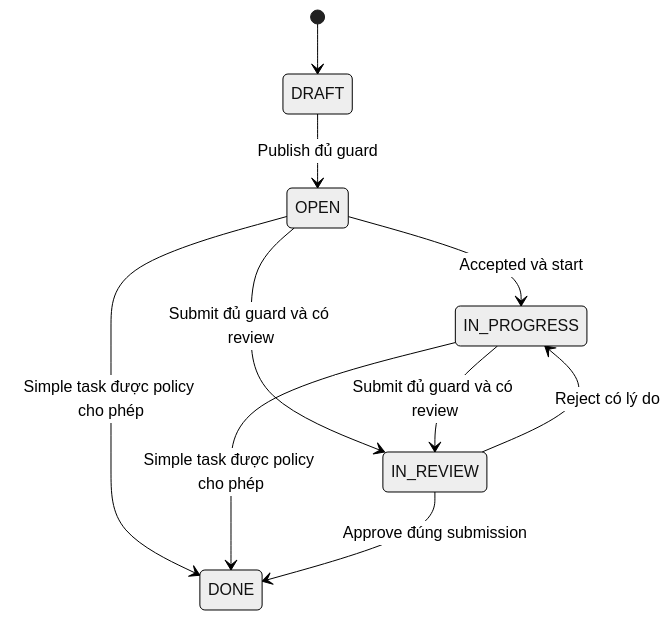
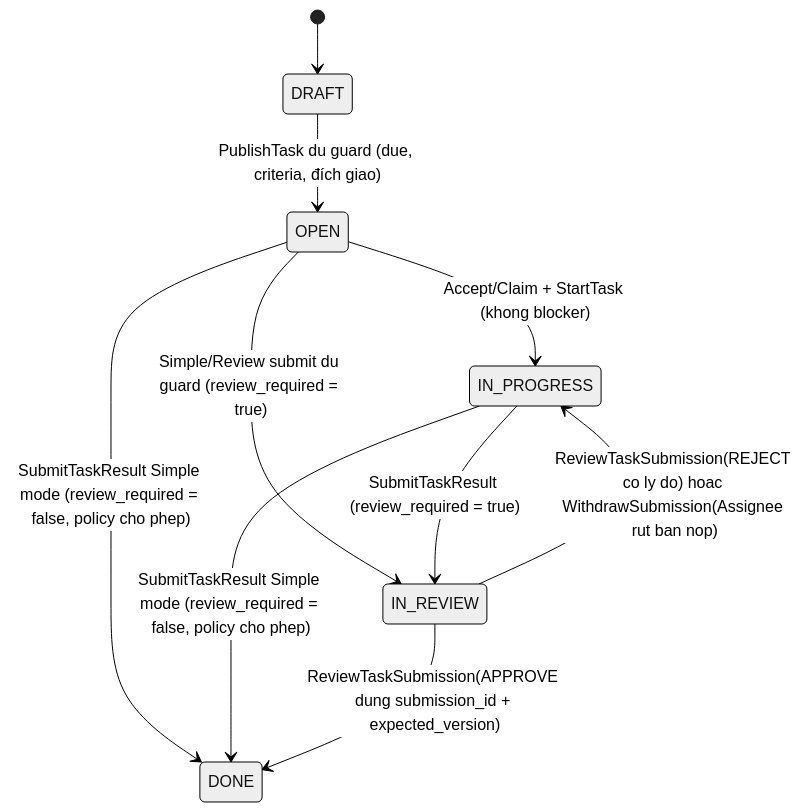
Before and after one commit to thuanmartech-dotcom/crm-marketing: the first of 2 diagrams in 02-specs/slices/SL01-INTERNAL-WORK.md, drawn with Mermaid (neutral theme). The commit also changed other lines of this file and 48 other files, not shown here.

````diff
--- a/02-specs/slices/SL01-INTERNAL-WORK.md
+++ b/02-specs/slices/SL01-INTERNAL-WORK.md
@@ -38,12 +61,12 @@
 ```mermaid
 stateDiagram-v2
   [*] --> DRAFT
-  DRAFT --> OPEN: Publish đủ guard
-  OPEN --> IN_PROGRESS: Accepted và start
-  OPEN --> IN_REVIEW: Submit đủ guard và có review
-  IN_PROGRESS --> IN_REVIEW: Submit đủ guard và có review
-  OPEN --> DONE: Simple task được policy cho phép
-  IN_PROGRESS --> DONE: Simple task được policy cho phép
-  IN_REVIEW --> IN_PROGRESS: Reject có lý do
-  IN_REVIEW --> DONE: Approve đúng submission
+  DRAFT --> OPEN: PublishTask du guard (due, criteria, đích giao)
+  OPEN --> IN_PROGRESS: Accept/Claim + StartTask (khong blocker)
+  OPEN --> IN_REVIEW: Simple/Review submit du guard (review_required = true)
+  IN_PROGRESS --> IN_REVIEW: SubmitTaskResult (review_required = true)
+  OPEN --> DONE: SubmitTaskResult Simple mode (review_required = false, policy cho phep)
+  IN_PROGRESS --> DONE: SubmitTaskResult Simple mode (review_required = false, policy cho phep)
+  IN_REVIEW --> IN_PROGRESS: ReviewTaskSubmission(REJECT co ly do) hoac WithdrawSubmission(Assignee rut ban nop)
+  IN_REVIEW --> DONE: ReviewTaskSubmission(APPROVE dung submission_id + expected_version)
 ```
````
